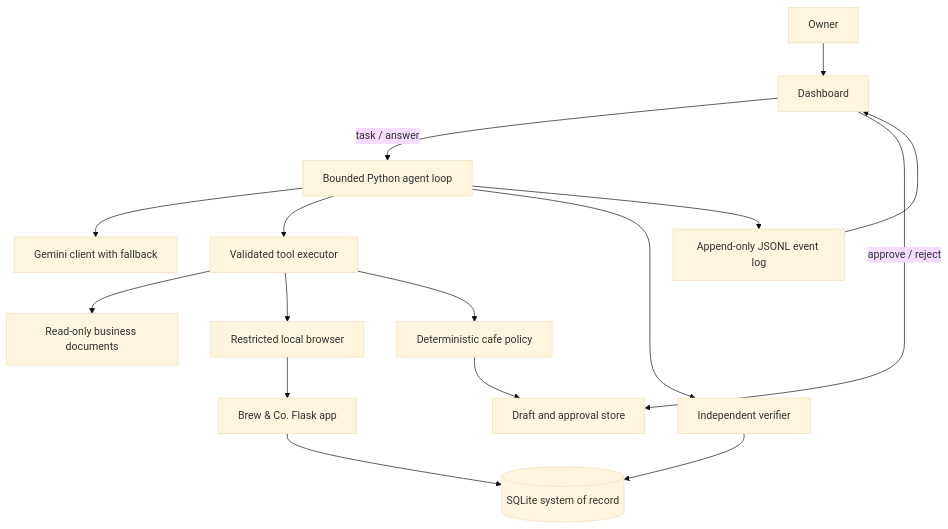
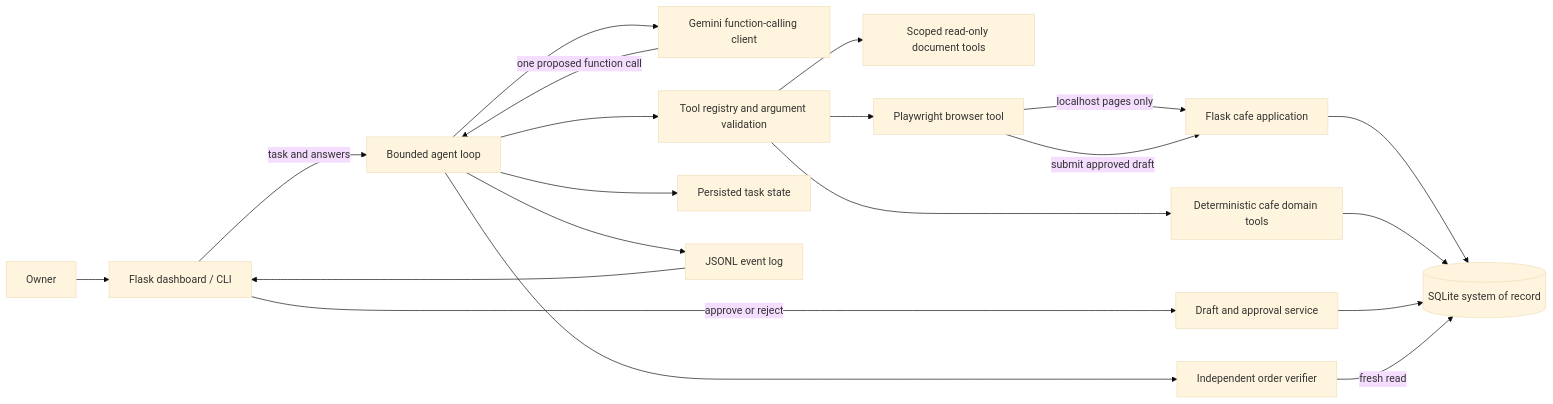
The first of 2 diagrams in README.md (snehilhota/Autonomous_Task_Worker), drawn with Mermaid (base theme) before and after one commit. The commit also changed other lines of this file, not shown here.

````diff
--- a/README.md
+++ b/README.md
@@ -56,18 +112,22 @@
 ```mermaid
-flowchart TD
-    Owner --> Dashboard
-    Dashboard -->|task / answer| Loop[Bounded Python agent loop]
-    Dashboard -->|approve / reject| Drafts[Draft and approval store]
-    Loop --> Gemini[Gemini client with fallback]
-    Loop --> Executor[Validated tool executor]
-    Executor --> Files[Read-only business documents]
-    Executor --> Browser[Restricted local browser]
-    Executor --> Domain[Deterministic cafe policy]
-    Domain --> Drafts
-    Browser --> App[Brew & Co. Flask app]
-    App --> SQLite[(SQLite system of record)]
-    Loop --> Verify[Independent verifier]
-    Verify --> SQLite
-    Loop --> Events[Append-only JSONL event log]
-    Events --> Dashboard
+flowchart LR
+    Owner[Owner] --> UI[Flask dashboard / CLI]
+    UI -->|task and answers| Loop[Bounded agent loop]
+    UI -->|approve or reject| Approval[Draft and approval service]
+    Loop --> Model[Gemini function-calling client]
+    Model -->|one proposed function call| Loop
+    Loop --> Validate[Tool registry and argument validation]
+    Validate --> Files[Scoped read-only document tools]
+    Validate --> Browser[Playwright browser tool]
+    Validate --> Domain[Deterministic cafe domain tools]
+    Browser -->|localhost pages only| Web[Flask cafe application]
+    Web --> DB[(SQLite system of record)]
+    Domain --> DB
+    Approval --> DB
+    Browser -->|submit approved draft| Web
+    Loop --> Verify[Independent order verifier]
+    Verify -->|fresh read| DB
+    Loop --> State[Persisted task state]
+    Loop --> Events[JSONL event log]
+    Events --> UI
 ```
````
